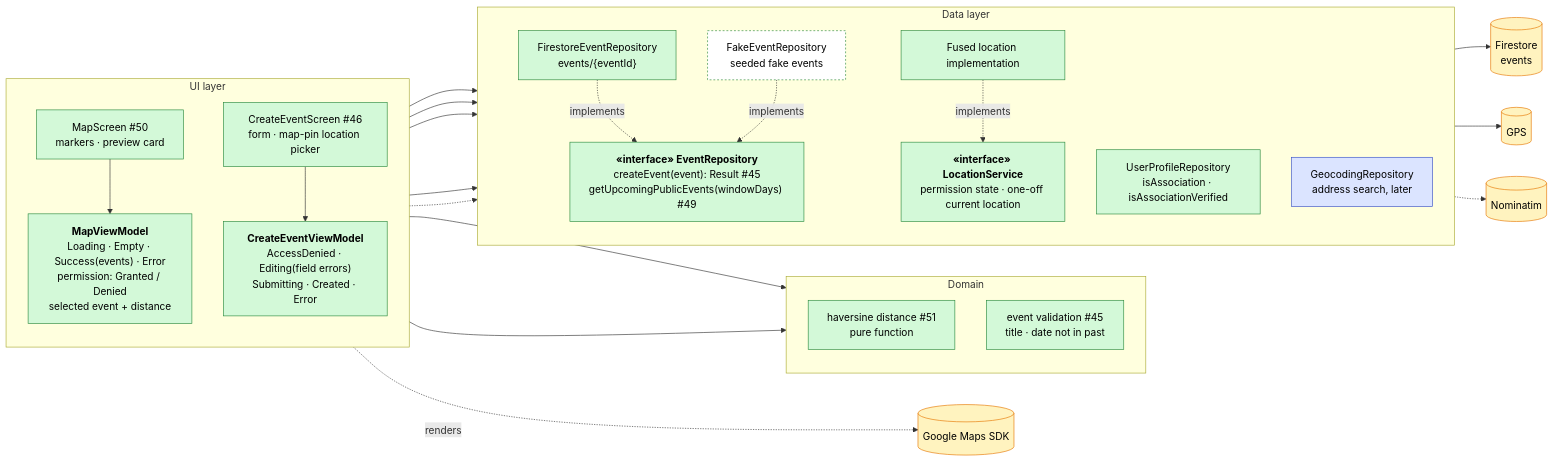
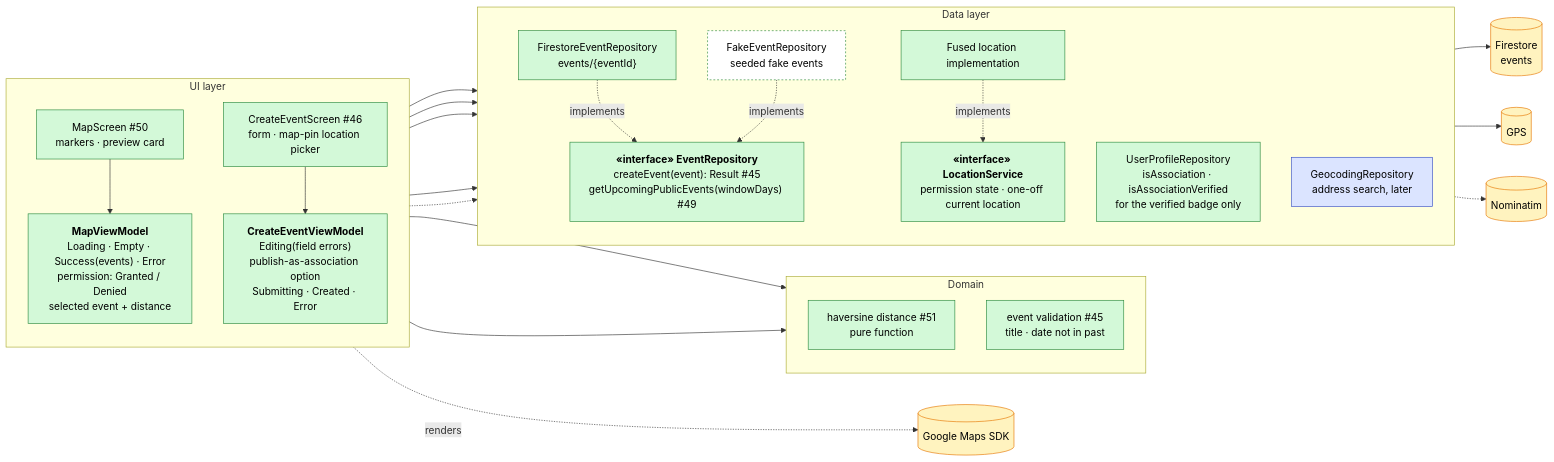
One commit to swent-polysocial/PolySocial changed the third of 11 diagrams in docs/Architecture-Diagram.md. Above: the diagram before and after it, drawn with Mermaid. The commit also changed other lines of this file, not shown here.

First line of the commit message:
docs: apply design decisions to architecture page

````diff
--- a/docs/Architecture-Diagram.md
+++ b/docs/Architecture-Diagram.md
@@ -176,54 +176,54 @@
 ```mermaid
 flowchart LR
   classDef s1 fill:#d3f9d8,stroke:#2b8a3e,color:#000
   classDef pb fill:#dbe4ff,stroke:#364fc7,color:#000
   classDef ext fill:#fff3bf,stroke:#e67700,color:#000
   classDef fake fill:#ffffff,stroke:#2b8a3e,color:#000,stroke-dasharray:3 3
 
   subgraph UI["UI layer"]
     direction TB
     sMap["MapScreen #50<br/>markers · preview card"]:::s1
     vmMap["<b>MapViewModel</b><br/>Loading · Empty · Success(events) · Error<br/>permission: Granted / Denied<br/>selected event + distance"]:::s1
     sCreate["CreateEventScreen #46<br/>form · map-pin location picker"]:::s1
-    vmCreate["<b>CreateEventViewModel</b><br/>AccessDenied · Editing(field errors)<br/>Submitting · Created · Error"]:::s1
+    vmCreate["<b>CreateEventViewModel</b><br/>Editing(field errors)<br/>publish-as-association option<br/>Submitting · Created · Error"]:::s1
     sMap --> vmMap
     sCreate --> vmCreate
   end
 
   subgraph DOM["Domain"]
     direction TB
     dist["haversine distance #51<br/>pure function"]:::s1
     eVal["event validation #45<br/>title · date not in past"]:::s1
   end
 
   subgraph DATA["Data layer"]
     direction TB
     iEv["<b>«interface» EventRepository</b><br/>createEvent(event): Result #45<br/>getUpcomingPublicEvents(windowDays) #49"]:::s1
     fsEv["FirestoreEventRepository<br/>events/{eventId}"]:::s1
     fkEv["FakeEventRepository<br/>seeded fake events"]:::fake
     iLoc["<b>«interface» LocationService</b><br/>permission state · one-off current location"]:::s1
     gpsLoc["Fused location implementation"]:::s1
-    iProf["UserProfileRepository<br/>isAssociation · isAssociationVerified"]:::s1
+    iProf["UserProfileRepository<br/>isAssociation · isAssociationVerified<br/>for the verified badge only"]:::s1
     iGeo["GeocodingRepository<br/>address search, later"]:::pb
     fsEv -. implements .-> iEv
     fkEv -. implements .-> iEv
     gpsLoc -. implements .-> iLoc
   end
 
   xFs[("Firestore<br/>events")]:::ext
   xGps[("GPS")]:::ext
   xMaps[("Google Maps SDK")]:::ext
   xNom[("Nominatim")]:::ext
 
   vmMap --> iEv
   vmMap --> iLoc
   vmMap --> dist
   sMap -. renders .-> xMaps
   vmCreate --> eVal
   vmCreate --> iEv
   vmCreate --> iProf
   vmCreate -.-> iGeo
   fsEv --> xFs
   gpsLoc --> xGps
   iGeo -.-> xNom
 ```
````
